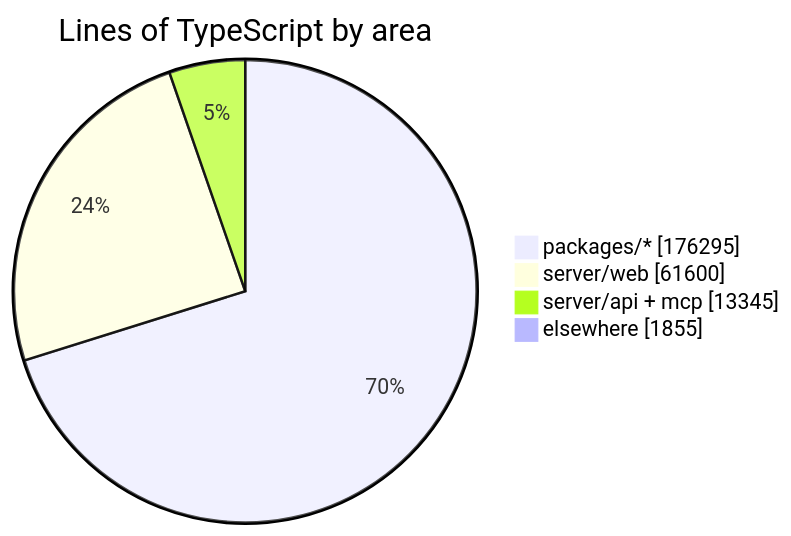
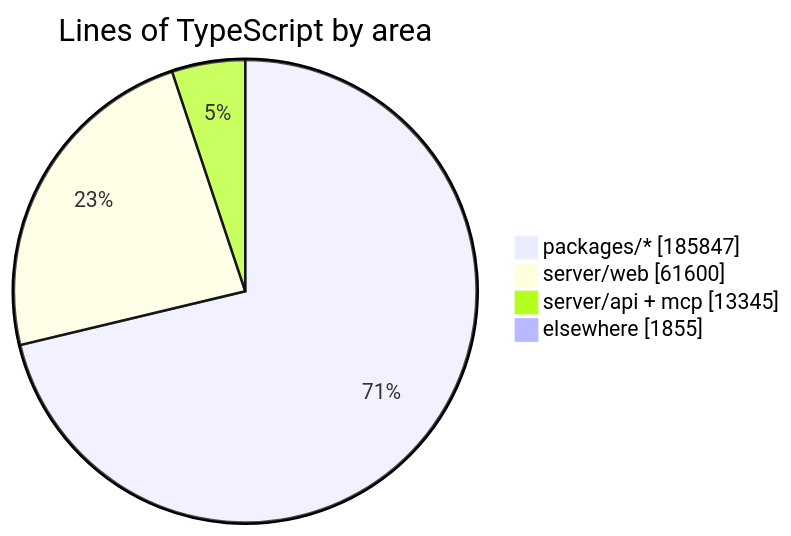
One commit to crossworks-engineering/mantle changed the diagram in README.md. Above: the diagram before and after it, drawn with Mermaid. The commit also changed other lines of this file and 2 other files, not shown here.

````diff
--- a/README.md
+++ b/README.md
@@ -279,7 +279,7 @@
 ```mermaid
 pie showData title Lines of TypeScript by area
-    "packages/*" : 176295
+    "packages/*" : 185847
     "server/web" : 61600
     "server/api + mcp" : 13345
     "elsewhere" : 1855
 ```
````
